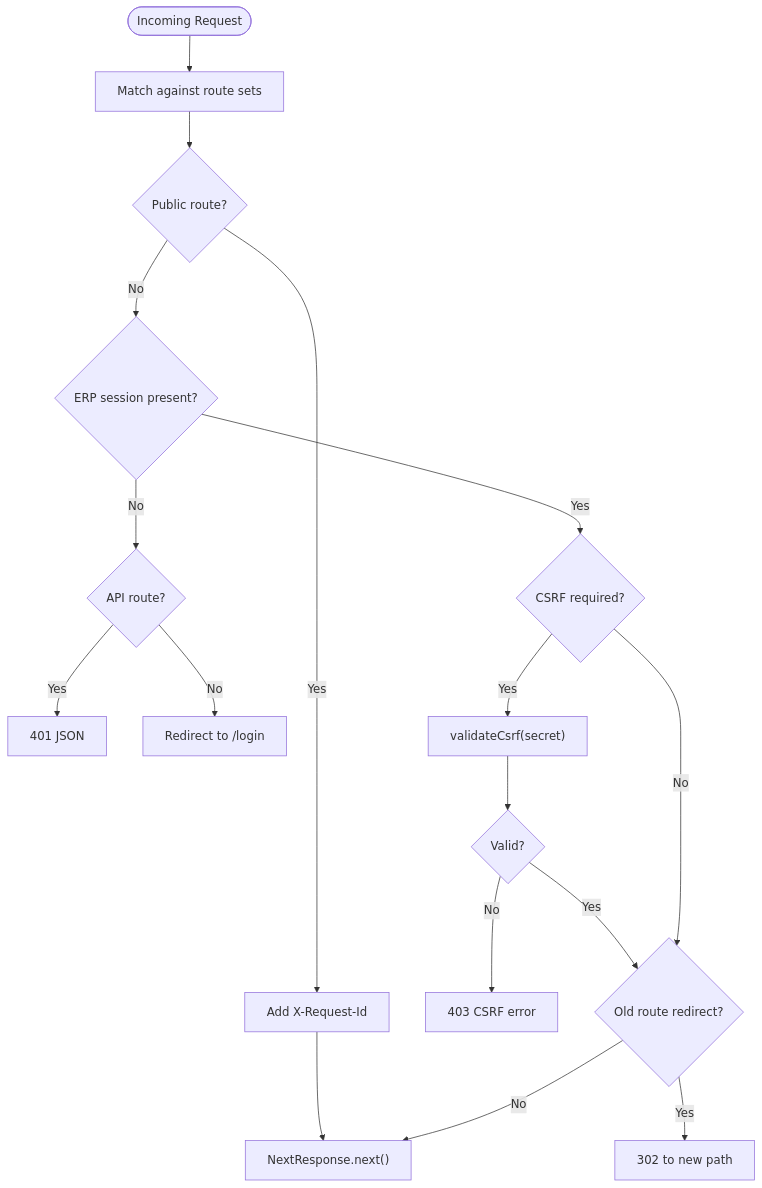
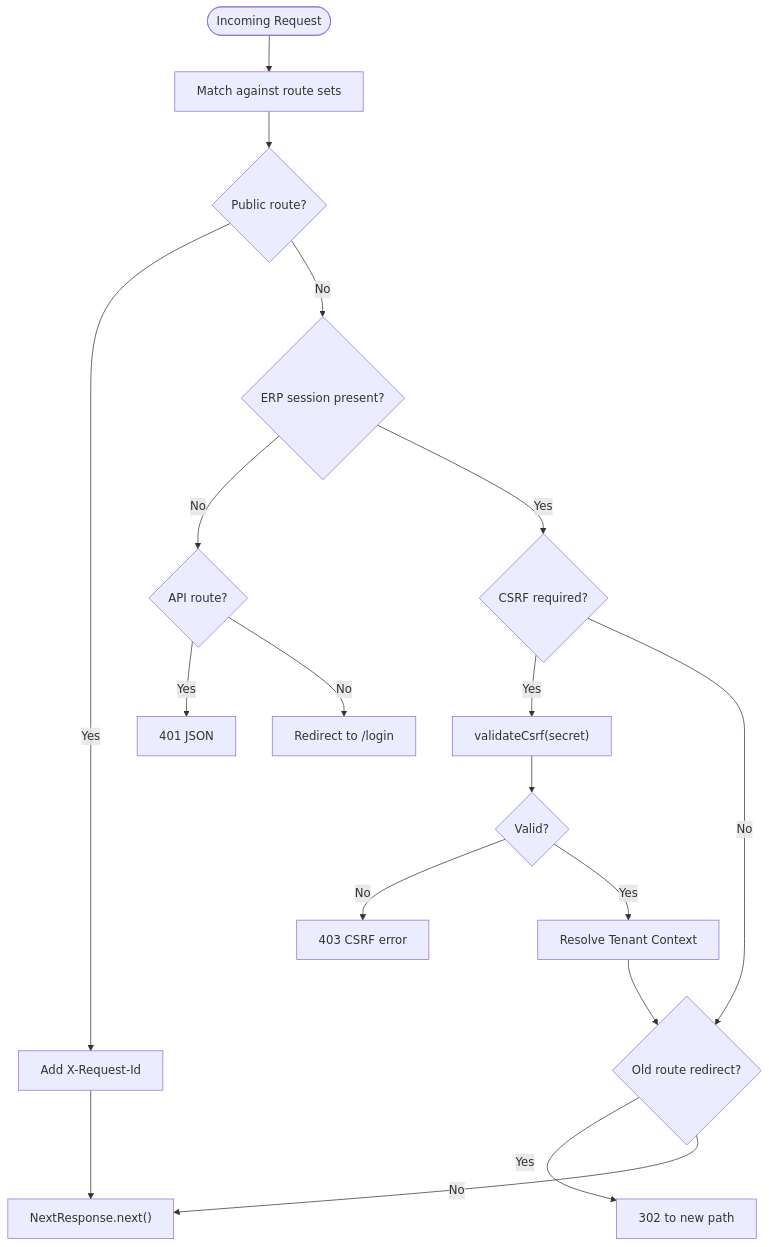
Before and after one commit to nzey11/erp-new: the seventh of 12 diagrams in .qoder/repowiki/en/content/Architecture Overview/System Design Patterns.md, drawn with Mermaid. The commit also changed other lines of this file and 6 other files, not shown here.

````diff
--- a/.qoder/repowiki/en/content/Architecture Overview/System Design Patterns.md
+++ b/.qoder/repowiki/en/content/Architecture Overview/System Design Patterns.md
@@ -313,18 +394,19 @@
 ```mermaid
 flowchart TD
 Req(["Incoming Request"]) --> Match["Match against route sets"]
 Match --> Public{"Public route?"}
 Public --> |Yes| Trace["Add X-Request-Id"] --> Next["NextResponse.next()"]
 Public --> |No| Session{"ERP session present?"}
 Session --> |No| AuthAPI{"API route?"}
 AuthAPI --> |Yes| Unauthorized["401 JSON"]
 AuthAPI --> |No| Redirect["Redirect to /login"]
 Session --> |Yes| CSRF{"CSRF required?"}
 CSRF --> |Yes| Validate["validateCsrf(secret)"]
 Validate --> Valid{"Valid?"}
 Valid --> |No| CSRFFail["403 CSRF error"]
-Valid --> |Yes| Redirects{"Old route redirect?"}
+Valid --> |Yes| Tenant["Resolve Tenant Context"]
+Tenant --> Redirects{"Old route redirect?"}
 CSRF --> |No| Redirects
 Redirects --> |Yes| DoRedirect["302 to new path"]
 Redirects --> |No| Next
 ```
````
